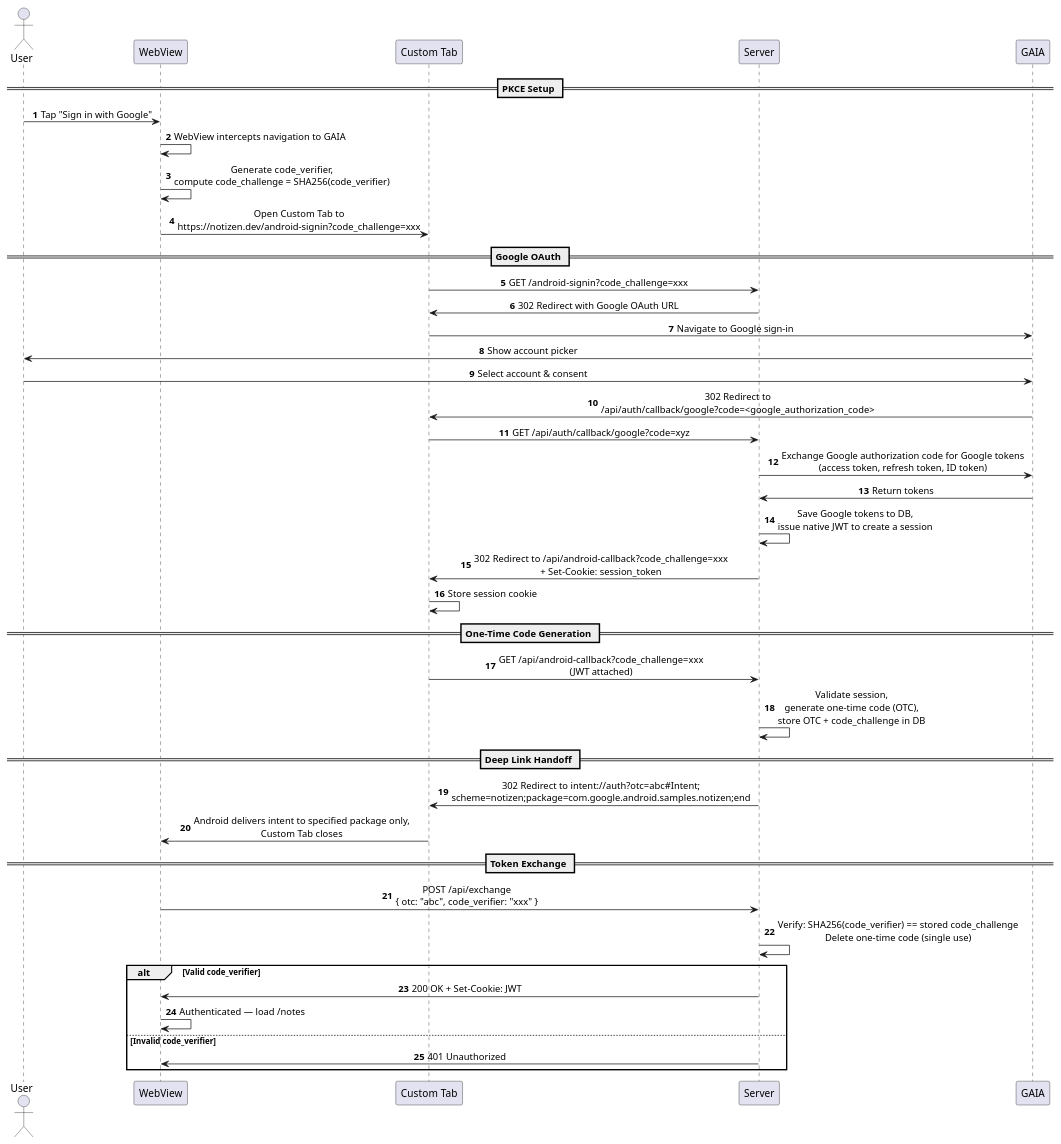
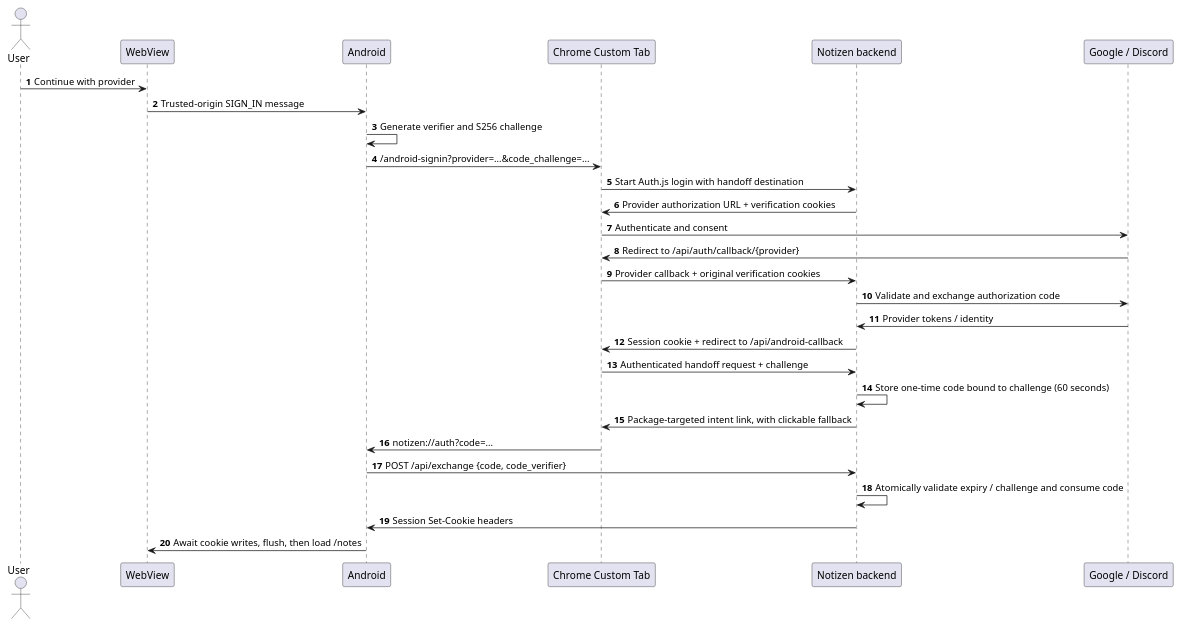
The diagram in docs/oauth-flow.puml (sashalukin/Notizen-website), drawn with PlantUML before and after one commit. The commit also changed 16 other files, not shown here.

Commit message:
Restore Google and Discord Custom Tab login and secure session handoff

```diff
--- a/docs/oauth-flow.puml
+++ b/docs/oauth-flow.puml
@@ -1,58 +1,29 @@
-@startuml Notizen OAuth Flow with PKCE
-
-skinparam backgroundColor white
-skinparam sequenceMessageAlign center
-
+@startuml Notizen Custom Tab OAuth
 autonumber
-
 actor User
-participant "WebView" as WV
-participant "Custom Tab" as CT
-participant "Server" as S
-participant "GAIA" as GA
-
-== PKCE Setup ==
-
-User -> WV: Tap "Sign in with Google"
-WV -> WV: WebView intercepts navigation to GAIA
-WV -> WV: Generate code_verifier,\ncompute code_challenge = SHA256(code_verifier)
-WV -> CT: Open Custom Tab to\nhttps://notizen.dev/android-signin?code_challenge=xxx
-
-== Google OAuth ==
-
-CT -> S: GET /android-signin?code_challenge=xxx
-S -> CT: 302 Redirect with Google OAuth URL
-CT -> GA: Navigate to Google sign-in
-GA -> User: Show account picker
-User -> GA: Select account & consent
-GA -> CT: 302 Redirect to\n/api/auth/callback/google?code=<google_authorization_code>
-CT -> S: GET /api/auth/callback/google?code=xyz
-S -> GA: Exchange Google authorization code for Google tokens\n(access token, refresh token, ID token)
-GA -> S: Return tokens
-S -> S: Save Google tokens to DB,\nissue native JWT to create a session
-S -> CT: 302 Redirect to /api/android-callback?code_challenge=xxx\n+ Set-Cookie: session_token
-CT -> CT: Store session cookie
-
-== One-Time Code Generation ==
-
-CT -> S: GET /api/android-callback?code_challenge=xxx\n(JWT attached)
-S -> S: Validate session,\ngenerate one-time code (OTC),\nstore OTC + code_challenge in DB
-
-== Deep Link Handoff ==
-
-S -> CT: 302 Redirect to intent://auth?otc=abc#Intent;\nscheme=notizen;package=com.google.android.samples.notizen;end
-CT -> WV: Android delivers intent to specified package only,\nCustom Tab closes
-
-== Token Exchange ==
-
-WV -> S: POST /api/exchange\n{ otc: "abc", code_verifier: "xxx" }
-S -> S: Verify: SHA256(code_verifier) == stored code_challenge\nDelete one-time code (single use)
-
-alt Valid code_verifier
-  S -> WV: 200 OK + Set-Cookie: JWT
-  WV -> WV: Authenticated — load /notes
-else Invalid code_verifier
-  S -> WV: 401 Unauthorized
-end
-
+participant WebView as WV
+participant Android as A
+participant "Chrome Custom Tab" as CT
+participant "Notizen backend" as S
+participant "Google / Discord" as P
+User -> WV: Continue with provider
+WV -> A: Trusted-origin SIGN_IN message
+A -> A: Generate verifier and S256 challenge
+A -> CT: /android-signin?provider=...&code_challenge=...
+CT -> S: Start Auth.js login with handoff destination
+S -> CT: Provider authorization URL + verification cookies
+CT -> P: Authenticate and consent
+P -> CT: Redirect to /api/auth/callback/{provider}
+CT -> S: Provider callback + original verification cookies
+S -> P: Validate and exchange authorization code
+P -> S: Provider tokens / identity
+S -> CT: Session cookie + redirect to /api/android-callback
+CT -> S: Authenticated handoff request + challenge
+S -> S: Store one-time code bound to challenge (60 seconds)
+S -> CT: Package-targeted intent link, with clickable fallback
+CT -> A: notizen://auth?code=...
+A -> S: POST /api/exchange {code, code_verifier}
+S -> S: Atomically validate expiry / challenge and consume code
+S -> A: Session Set-Cookie headers
+A -> WV: Await cookie writes, flush, then load /notes
 @enduml
```
